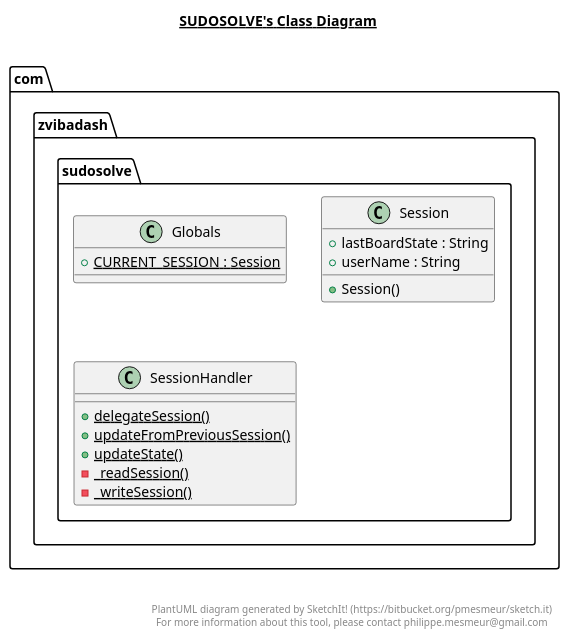
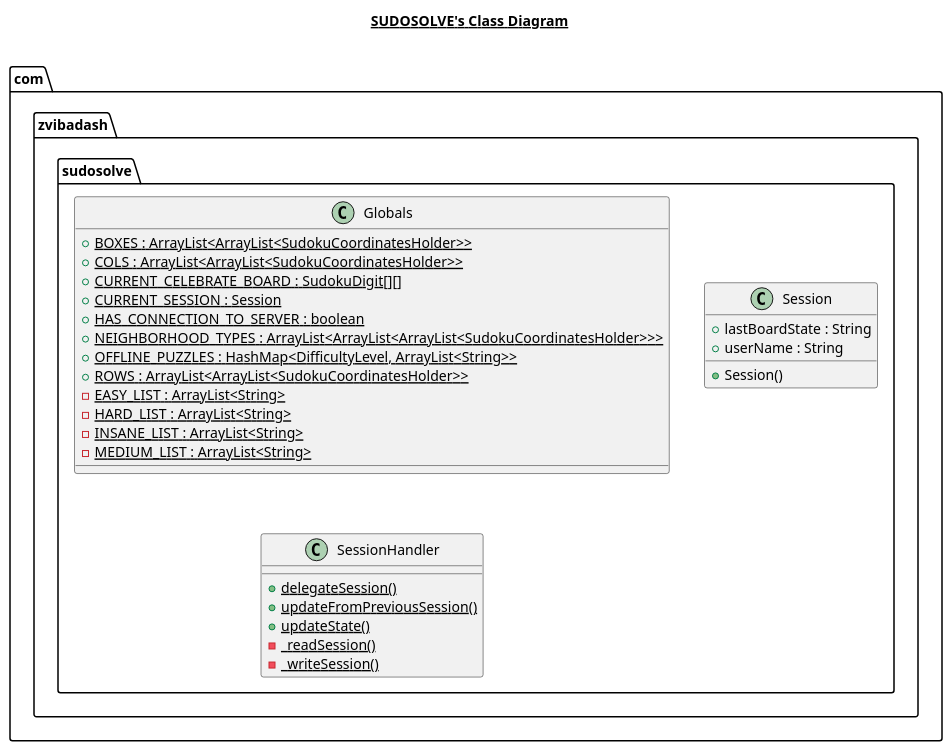
One commit to Zvi-Badash/Sudo-Solve changed the diagram in app/src/main/java/com/zvibadash/sudosolve/sudosolve.plantuml. Above: the diagram before and after it, drawn with PlantUML. The commit also changed 26 other files, not shown here.

```diff
--- a/app/src/main/java/com/zvibadash/sudosolve/sudosolve.plantuml
+++ b/app/src/main/java/com/zvibadash/sudosolve/sudosolve.plantuml
@@ -1,41 +1,42 @@
 @startuml
 
 title __SUDOSOLVE's Class Diagram__\n
 
   namespace com.zvibadash.sudosolve {
     class com.zvibadash.sudosolve.Globals {
+        {static} + BOXES : ArrayList<ArrayList<SudokuCoordinatesHolder>>
+        {static} + COLS : ArrayList<ArrayList<SudokuCoordinatesHolder>>
+        {static} + CURRENT_CELEBRATE_BOARD : SudokuDigit[][]
         {static} + CURRENT_SESSION : Session
+        {static} + HAS_CONNECTION_TO_SERVER : boolean
+        {static} + NEIGHBORHOOD_TYPES : ArrayList<ArrayList<ArrayList<SudokuCoordinatesHolder>>>
+        {static} + OFFLINE_PUZZLES : HashMap<DifficultyLevel, ArrayList<String>>
+        {static} + ROWS : ArrayList<ArrayList<SudokuCoordinatesHolder>>
+        {static} - EASY_LIST : ArrayList<String>
+        {static} - HARD_LIST : ArrayList<String>
+        {static} - INSANE_LIST : ArrayList<String>
+        {static} - MEDIUM_LIST : ArrayList<String>
     }
   }
   
 
   namespace com.zvibadash.sudosolve {
     class com.zvibadash.sudosolve.Session {
         + lastBoardState : String
         + userName : String
         + Session()
     }
   }
   
 
   namespace com.zvibadash.sudosolve {
     class com.zvibadash.sudosolve.SessionHandler {
         {static} + delegateSession()
         {static} + updateFromPreviousSession()
         {static} + updateState()
         {static} - _readSession()
         {static} - _writeSession()
     }
   }
-  
-
-
-
-right footer
-
-
-PlantUML diagram generated by SketchIt! (https://bitbucket.org/pmesmeur/sketch.it)
-For more information about this tool, please contact philippe.mesmeur@gmail.com
-endfooter
 
 @enduml
```
